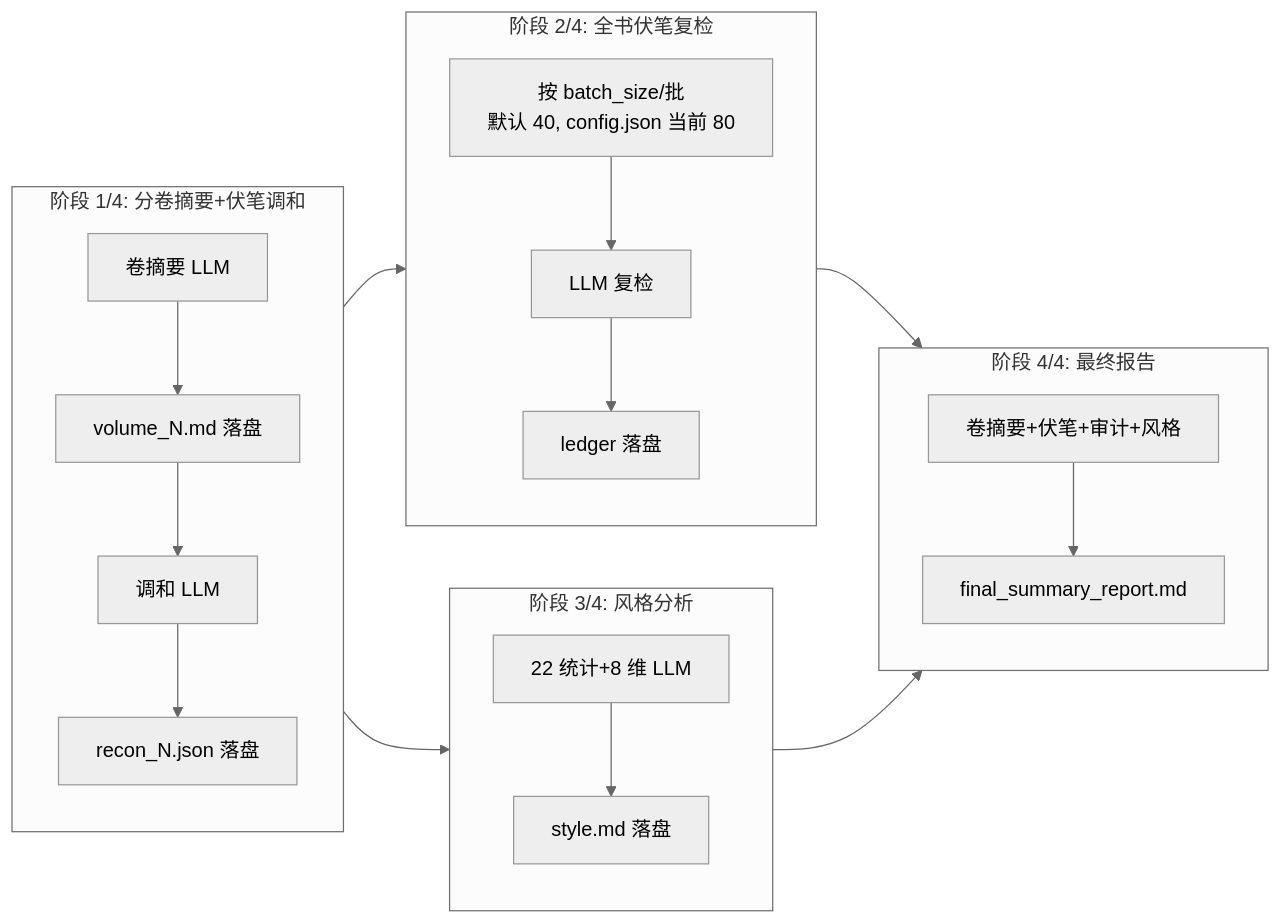
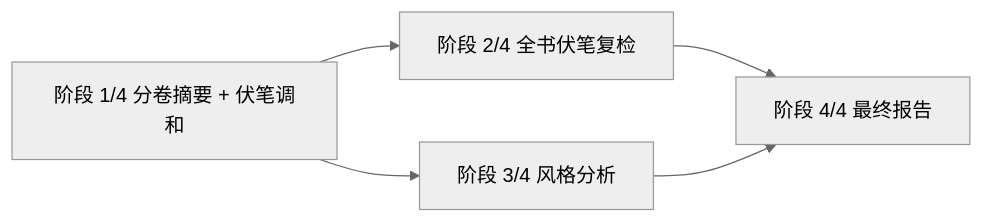
One commit to mojingjing-git/Novel-analyzer-harness changed the third of 3 diagrams in docs/architecture.md. Above: the diagram before and after it, drawn with Mermaid (neutral theme). The commit also changed other lines of this file and 271 other files, not shown here.

````diff
--- a/docs/architecture.md
+++ b/docs/architecture.md
@@ -178,22 +192,7 @@
 ```mermaid
 flowchart LR
-  subgraph P1["阶段 1/4: 分卷摘要+伏笔调和"]
-    V1["卷摘要 LLM"] --> V1S["volume_N.md 落盘"]
-    V1S --> V1R["调和 LLM"]
-    V1R --> V1RS["recon_N.json 落盘"]
-  end
-  subgraph P2["阶段 2/4: 全书伏笔复检"]
-    R1["按 batch_size/批<br>默认 40, config.json 当前 80"] --> R2["LLM 复检"]
-    R2 --> R3["ledger 落盘"]
-  end
-  subgraph P3["阶段 3/4: 风格分析"]
-    S1["22 统计+8 维 LLM"] --> S2["style.md 落盘"]
-  end
-  subgraph P4["阶段 4/4: 最终报告"]
-    F1["卷摘要+伏笔+审计+风格"] --> F2["final_summary_report.md"]
-  end
-  P1 --> P2
-  P1 --> P3
-  P2 --> P4
+  P1["阶段 1/4 分卷摘要 + 伏笔调和"] --> P2["阶段 2/4 全书伏笔复检"]
+  P1 --> P3["阶段 3/4 风格分析"]
+  P2 --> P4["阶段 4/4 最终报告"]
   P3 --> P4
 ```
````
